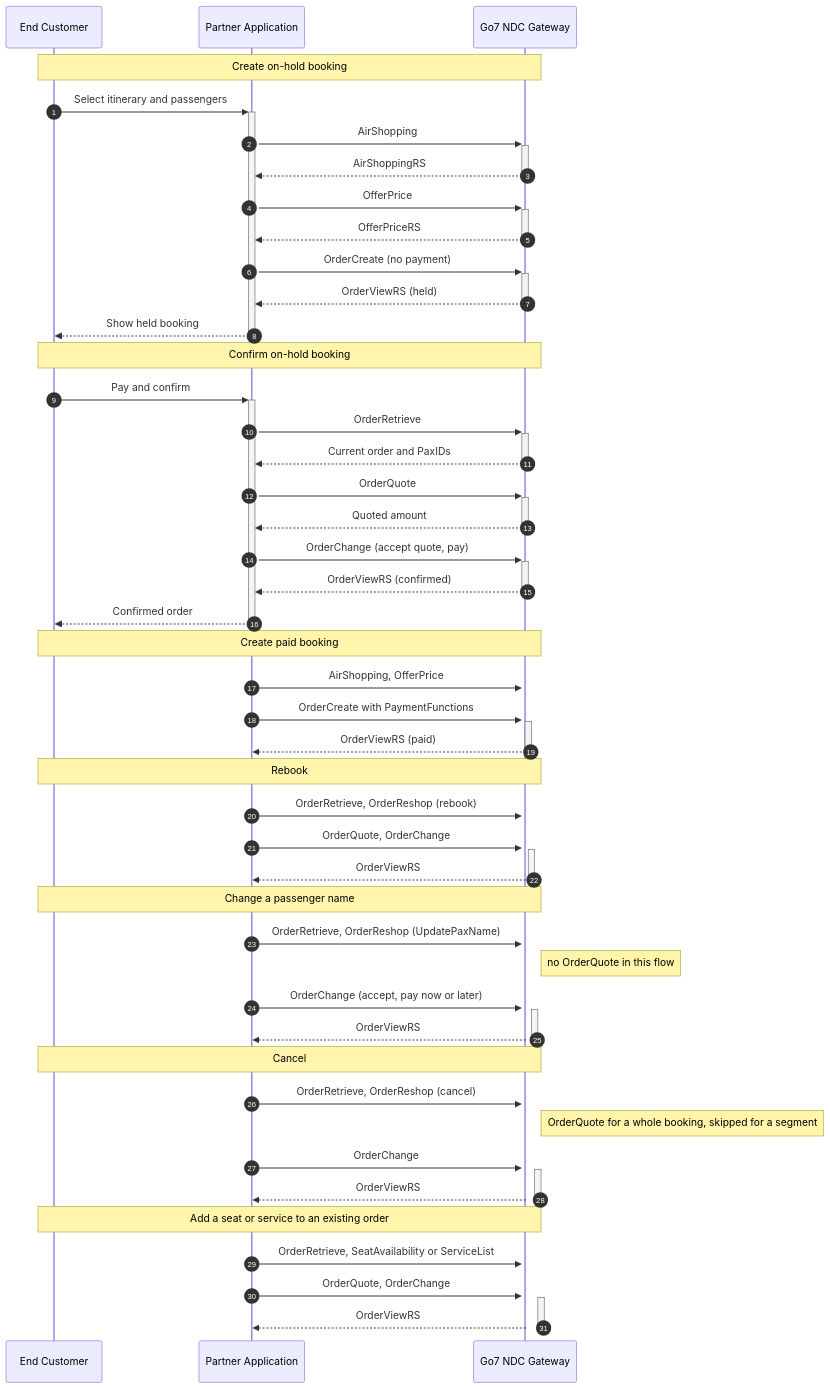
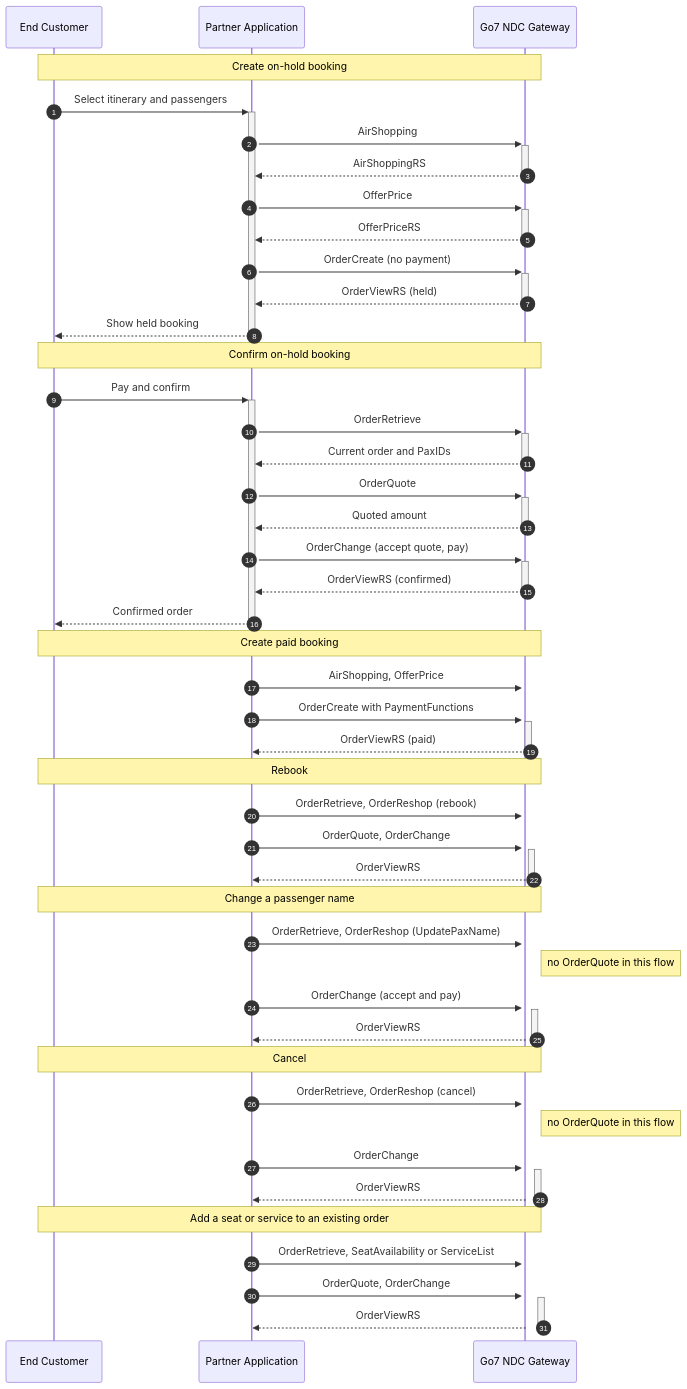
One commit to GO7-WorldTicket/docs changed the diagram in ndc/NDC_PARTNER_GUIDE.md. Above: the diagram before and after it, drawn with Mermaid. The commit also changed other lines of this file and 15 other files, not shown here.

````diff
--- a/ndc/NDC_PARTNER_GUIDE.md
+++ b/ndc/NDC_PARTNER_GUIDE.md
@@ -95,54 +95,54 @@
 ```mermaid
 sequenceDiagram
     autonumber
     participant Customer as End Customer
     participant Application as Partner Application
     participant GW as Go7 NDC Gateway
 
     Note over Customer, GW: Create on-hold booking
     Customer->>+Application: Select itinerary and passengers
     Application->>+GW: AirShopping
     GW-->>-Application: AirShoppingRS
     Application->>+GW: OfferPrice
     GW-->>-Application: OfferPriceRS
     Application->>+GW: OrderCreate (no payment)
     GW-->>-Application: OrderViewRS (held)
     Application-->>-Customer: Show held booking
 
     Note over Customer, GW: Confirm on-hold booking
     Customer->>+Application: Pay and confirm
     Application->>+GW: OrderRetrieve
     GW-->>-Application: Current order and PaxIDs
     Application->>+GW: OrderQuote
     GW-->>-Application: Quoted amount
     Application->>+GW: OrderChange (accept quote, pay)
     GW-->>-Application: OrderViewRS (confirmed)
     Application-->>-Customer: Confirmed order
 
     Note over Customer, GW: Create paid booking
     Application->>+GW: AirShopping, OfferPrice
     Application->>+GW: OrderCreate with PaymentFunctions
     GW-->>-Application: OrderViewRS (paid)
 
     Note over Customer, GW: Rebook
     Application->>+GW: OrderRetrieve, OrderReshop (rebook)
     Application->>+GW: OrderQuote, OrderChange
     GW-->>-Application: OrderViewRS
 
     Note over Customer, GW: Change a passenger name
     Application->>+GW: OrderRetrieve, OrderReshop (UpdatePaxName)
     Note right of GW: no OrderQuote in this flow
-    Application->>+GW: OrderChange (accept, pay now or later)
+    Application->>+GW: OrderChange (accept and pay)
     GW-->>-Application: OrderViewRS
 
     Note over Customer, GW: Cancel
     Application->>+GW: OrderRetrieve, OrderReshop (cancel)
-    Note right of GW: OrderQuote for a whole booking, skipped for a segment
+    Note right of GW: no OrderQuote in this flow
     Application->>+GW: OrderChange
     GW-->>-Application: OrderViewRS
 
     Note over Customer, GW: Add a seat or service to an existing order
     Application->>+GW: OrderRetrieve, SeatAvailability or ServiceList
     Application->>+GW: OrderQuote, OrderChange
     GW-->>-Application: OrderViewRS
 ```
````
